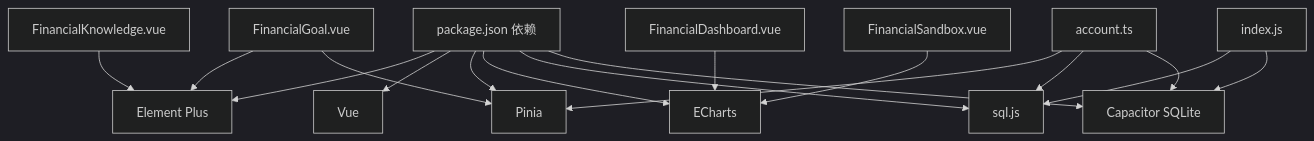
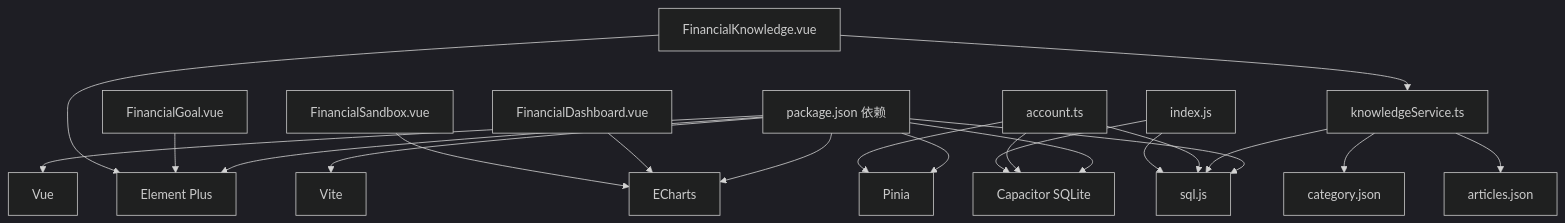
One commit to xiao-lin-unit/yuan changed the ninth of 9 diagrams in .qoder/repowiki/zh/content/财务分析/财务分析.md. Above: the diagram before and after it, drawn with Mermaid (dark theme). The commit also changed other lines of this file and 16 other files, not shown here.

Commit message:
图片和图标处理

````diff
--- a/.qoder/repowiki/zh/content/财务分析/财务分析.md
+++ b/.qoder/repowiki/zh/content/财务分析/财务分析.md
@@ -332,19 +453,23 @@
 ```mermaid
 graph TB
 P["package.json 依赖"] --> E["Element Plus"]
 P --> V["Vue"]
 P --> PNA["Pinia"]
 P --> ECH["ECharts"]
 P --> SQLJS["sql.js"]
 P --> CAP["Capacitor SQLite"]
+P --> VITE["Vite"]
 FD["FinancialDashboard.vue"] --> ECH
 FG["FinancialGoal.vue"] --> E
+FS["FinancialSandbox.vue"] --> ECH
 FK["FinancialKnowledge.vue"] --> E
-FS["FinancialSandbox.vue"] --> ECH
-FG --> PNA
+FK --> KS["knowledgeService.ts"]
+KS --> CAT["category.json"]
+KS --> ART["articles.json"]
+KS --> SQLJS
 ACC["account.ts"] --> PNA
 ACC --> SQLJS
 ACC --> CAP
 DB["index.js"] --> SQLJS
 DB --> CAP
 ```
````
